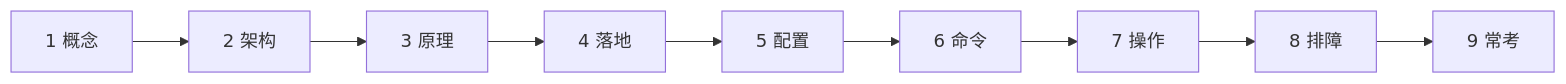
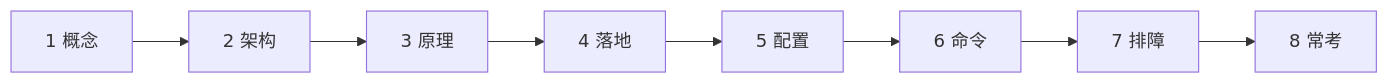
The first of 8 diagrams in 02-基础底座/10-DNS与CDN/知识点.md (ml-cuizijun/LearnToLilith), drawn with Mermaid before and after one commit. The commit also changed other lines of this file and 213 other files, not shown here.

````diff
--- a/02-基础底座/10-DNS与CDN/知识点.md
+++ b/02-基础底座/10-DNS与CDN/知识点.md
@@ -3,11 +3,10 @@
 ```mermaid
 flowchart LR
     a[1 概念] --> b[2 架构]
     b --> c[3 原理]
     c --> d[4 落地]
     d --> e[5 配置]
     e --> f[6 命令]
-    f --> g[7 操作]
-    g --> h[8 排障]
-    h --> i[9 常考]
+    f --> g[7 排障]
+    g --> h[8 常考]
 ```
````
